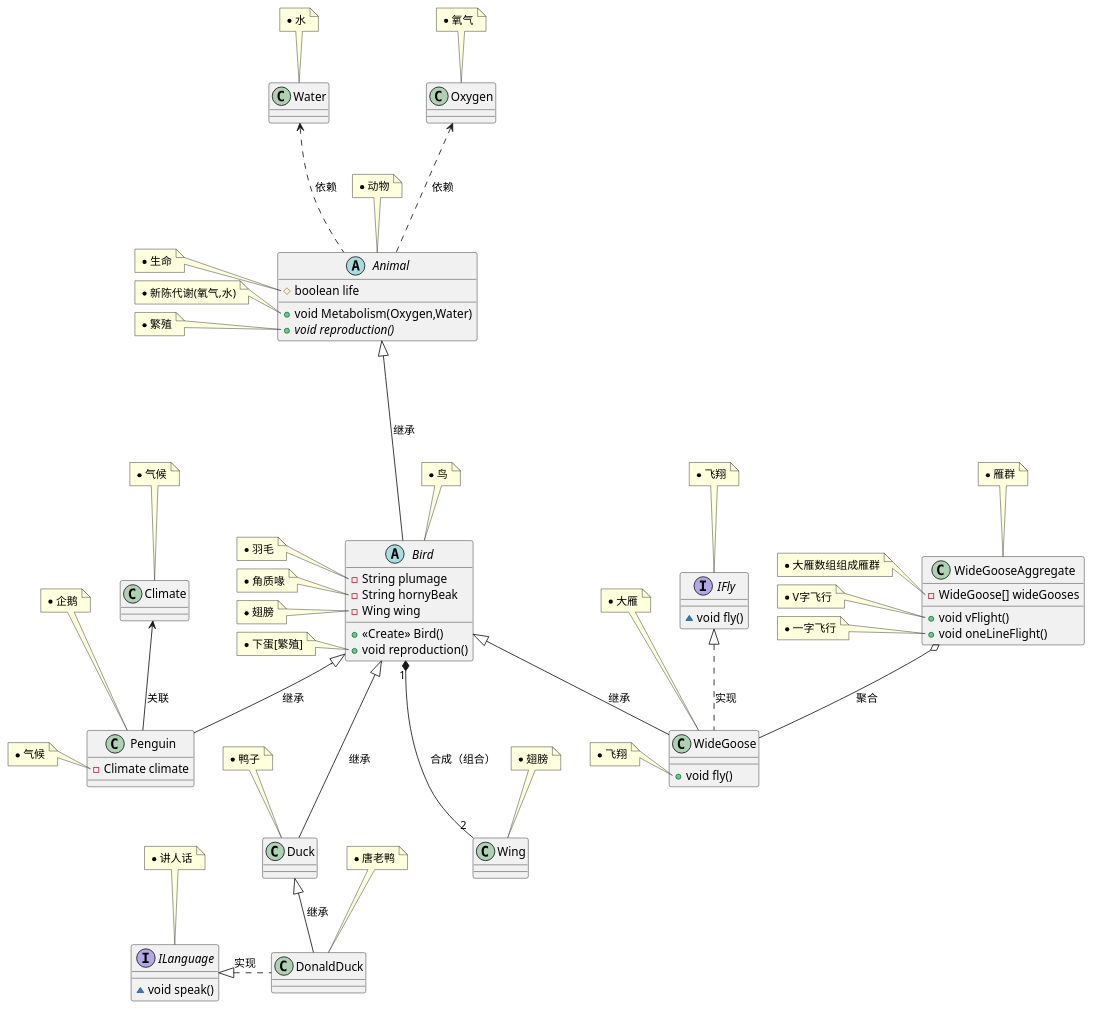
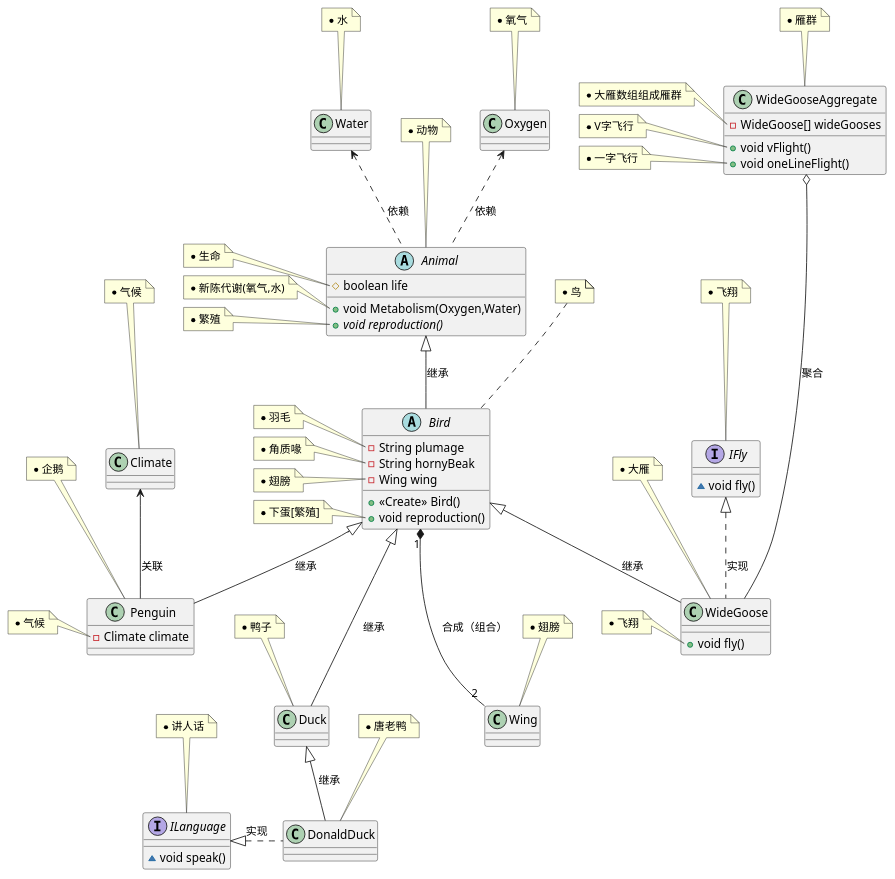
Before and after one commit to yuanyf417/DP: the diagram in ch0.puml, drawn with PlantUML. The commit also changed 1 other file, not shown here.

Commit message:
fix: chp6.x uml

```diff
--- a/ch0.puml
+++ b/ch0.puml
@@ -1,143 +1,143 @@
 @startuml
 class DonaldDuck {
 }
 note top of DonaldDuck
  * 唐老鸭
 end note
 
 class Water {
 }
 note top of Water
  * 水
 end note
 
 class Duck {
 }
 note top of Duck
  * 鸭子
 end note
 
 class WideGoose {
 + void fly()
 }
 note top of WideGoose
  * 大雁
 end note
 note left of WideGoose::fly()
  * 飞翔
 end note
 
 interface ILanguage {
 ~ void speak()
 }
 note top of ILanguage
  * 讲人话
 end note
 
 class WideGooseAggregate {
 - WideGoose[] wideGooses
 + void vFlight()
 + void oneLineFlight()
 }
 note top of WideGooseAggregate
  * 雁群
 end note
 note left of WideGooseAggregate::wideGooses
  * 大雁数组组成雁群
 end note
 note left of WideGooseAggregate::vFlight()
  * V字飞行
 end note
 note left of WideGooseAggregate::oneLineFlight()
  * 一字飞行
 end note
 
 interface IFly {
 ~ void fly()
 }
 note top of IFly
  * 飞翔
 end note
 
 abstract class Animal {
 # boolean life
 + void Metabolism(Oxygen,Water)
 + {abstract}void reproduction()
 }
 note top of Animal
  * 动物
 end note
 note left of Animal::life
  * 生命
 end note
 note left of Animal::Metabolism(Oxygen,Water)
  * 新陈代谢(氧气,水)
 end note
 note left of Animal::reproduction()
  * 繁殖
 end note
 
 class Penguin {
 - Climate climate
 }
 note top of Penguin
  * 企鹅
 end note
 note left of Penguin::climate
  * 气候
 end note
 
 abstract class Bird {
 - String plumage
 - String hornyBeak
 - Wing wing
 + <<Create>> Bird()
 + void reproduction()
 }
 note top of Bird
  * 鸟
 end note
 
 note left of Bird::plumage
  * 羽毛
 end note
 note left of Bird::hornyBeak
  * 角质喙
 end note
 note left of Bird::wing
  * 翅膀
 end note
 note left of Bird::reproduction()
  * 下蛋[繁殖]
 end note
 
 class Wing {
 }
 note top of Wing
  * 翅膀
 end note
 class Climate {
 }
 note top of Climate
  * 气候
 end note
 
 class Oxygen {
 }
 note top of Oxygen
  * 氧气
 end note
 
-Animal <|---- Bird :继承
+Animal <|-- Bird :继承
 Bird <|-- Penguin :继承
 Bird <|-- WideGoose :继承
 Bird <|--- Duck :继承
 Bird "1"*---"2" Wing :合成（组合）
 Duck <|-- DonaldDuck :继承
 ILanguage <|. DonaldDuck : 实现
-WideGooseAggregate o-- WideGoose : 聚合
-Water <... Animal : 依赖
-Oxygen <... Animal : 依赖
-IFly <|.. WideGoose : 实现
+WideGooseAggregate o---- WideGoose : 聚合
+Water <.. Animal : 依赖
+Oxygen <.. Animal : 依赖
+IFly <|-. WideGoose : 实现
 Climate <-- Penguin :关联
 @enduml
```
